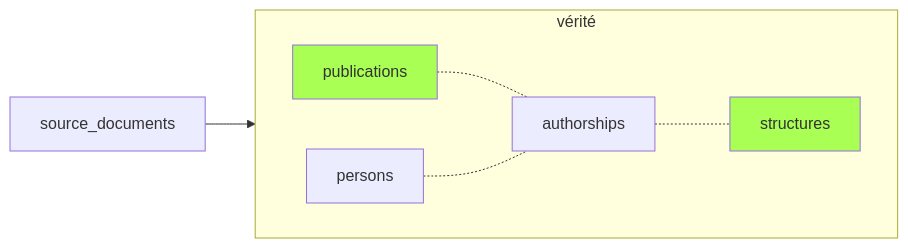
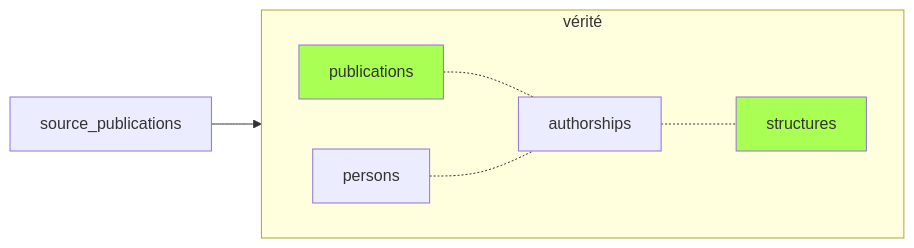
Before and after one commit to Y33sha/bibliometrie-uca: the seventh of 9 diagrams in docs/pipeline.md, drawn with Mermaid. The commit also changed other lines of this file and 109 other files, not shown here.

First line of the commit message:
Renommer source_documents → source_publications, squash migrations

````diff
--- a/docs/pipeline.md
+++ b/docs/pipeline.md
@@ -250,13 +250,13 @@
 ```mermaid
 flowchart LR
-    source_documents-->A
+    source_publications-->A
 
     subgraph vérité
     direction LR
     A[publications]-.-B[authorships]
     C[persons]-.-B
     B-.-F[structures]
     end
     classDef valid  fill:#af5
     class F,A valid;
 ```
````
